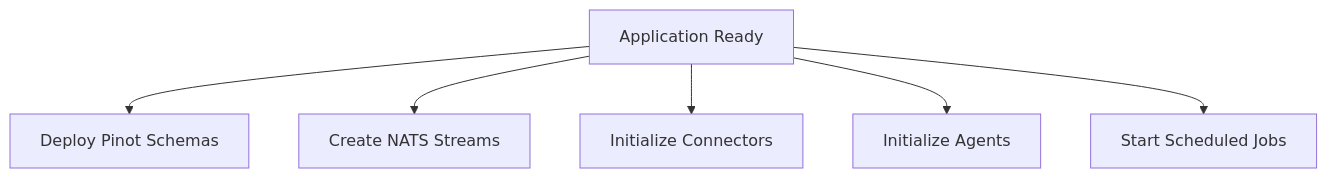
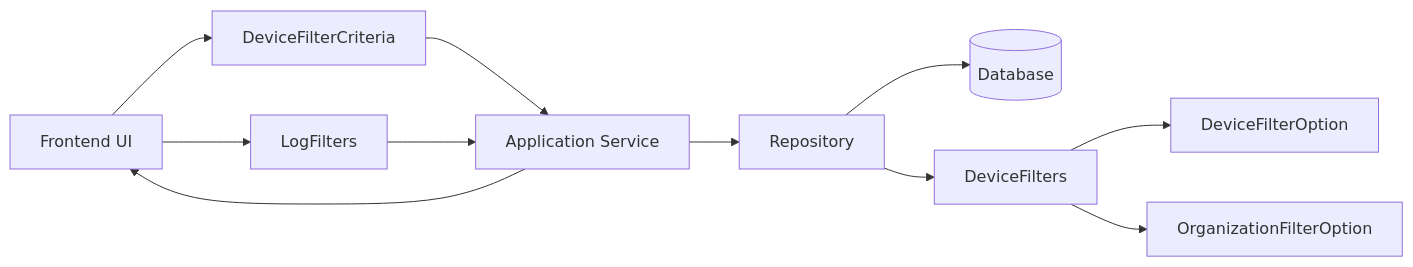
Before and after one commit to flamingo-stack/openframe-oss-lib: the diagram in docs/diagrams/architecture/README-5.mmd, drawn with Mermaid. The commit also changed 17 other files, not shown here.

Commit message:
docs: Stage 2 - Architecture analysis (3 files) [skip ci]

```diff
--- a/docs/diagrams/architecture/README-5.mmd
+++ b/docs/diagrams/architecture/README-5.mmd
@@ -1,6 +1,28 @@
-flowchart TD
-    Startup["Application Ready"] --> PinotInit["Deploy Pinot Schemas"]
-    Startup --> NatsInit["Create NATS Streams"]
-    Startup --> DebeziumInit["Initialize Connectors"]
-    Startup --> AgentInit["Initialize Agents"]
-    Startup --> Schedulers["Start Scheduled Jobs"]
+flowchart LR
+    UI["Frontend UI"]
+
+    DeviceCriteria["DeviceFilterCriteria"]
+    LogFilters["LogFilters"]
+
+    Service["Application Service"]
+    Repo["Repository"]
+    DB[("Database")]
+
+    DeviceFilters["DeviceFilters"]
+    DeviceOption["DeviceFilterOption"]
+    OrgOption["OrganizationFilterOption"]
+
+    UI --> DeviceCriteria
+    UI --> LogFilters
+
+    DeviceCriteria --> Service
+    LogFilters --> Service
+
+    Service --> Repo
+    Repo --> DB
+
+    Repo --> DeviceFilters
+    DeviceFilters --> DeviceOption
+    DeviceFilters --> OrgOption
+
+    Service --> UI
```
